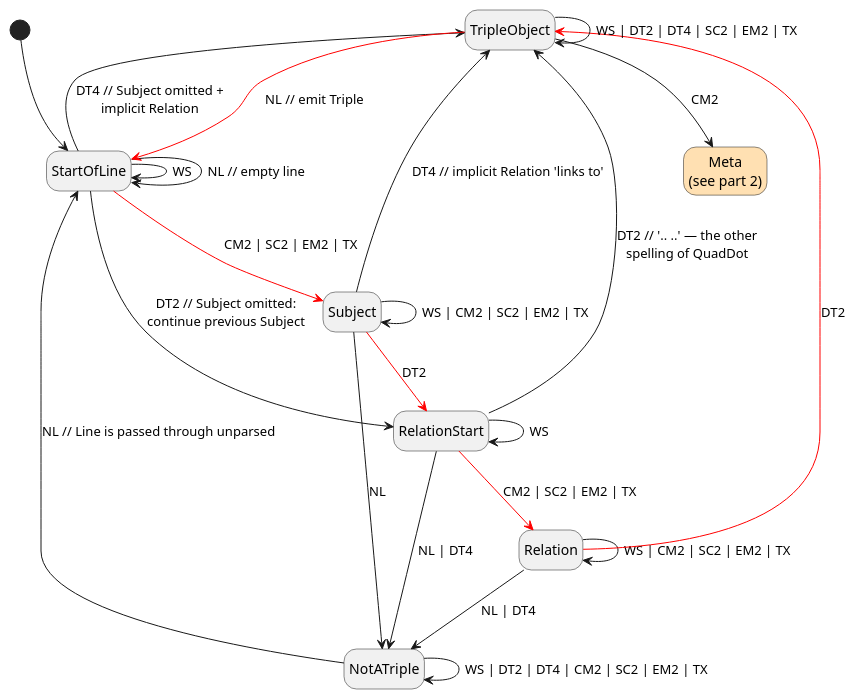
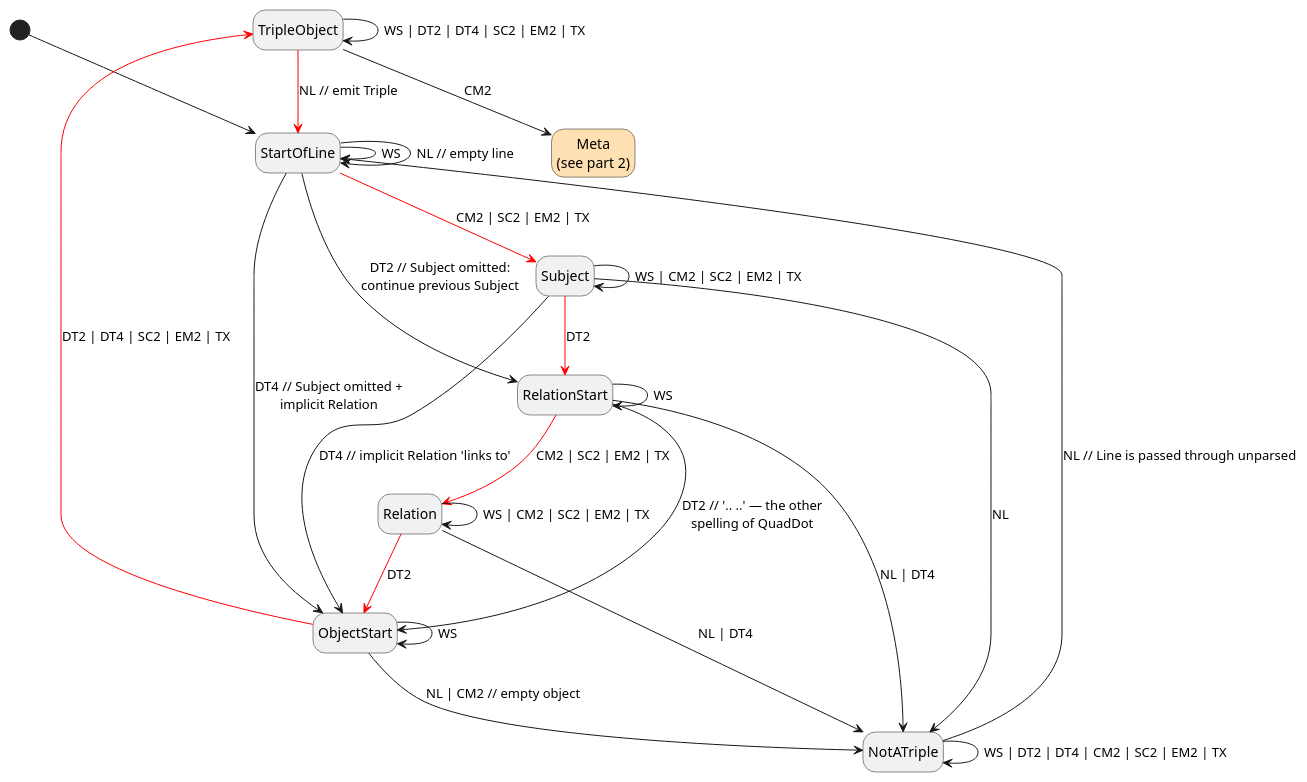
One commit to Calpano/ddot.it changed the fourth of 6 diagrams in site/spec/ddot-it-spec.adoc. Above: the diagram before and after it, drawn with PlantUML. The commit also changed other lines of this file, not shown here.

```diff
--- a/site/spec/ddot-it-spec.adoc
+++ b/site/spec/ddot-it-spec.adoc
@@ -729,40 +809,44 @@
 [plantuml]
 ....
 hide empty description
 
 state "Meta\n(see part 2)" as MetaStart #ffe0b2
 
 [*] --> StartOfLine
 
 ' --- Subject ------------------------------------------------------
 StartOfLine --> StartOfLine : WS
 StartOfLine --> StartOfLine : NL // empty line
 StartOfLine -[#red]-> Subject : CM2 | SC2 | EM2 | TX
 StartOfLine --> RelationStart : DT2 // Subject omitted:\ncontinue previous Subject
-StartOfLine --> TripleObject : DT4 // Subject omitted +\nimplicit Relation
+StartOfLine --> ObjectStart : DT4 // Subject omitted +\nimplicit Relation
 
 Subject --> Subject : WS | CM2 | SC2 | EM2 | TX
 Subject --> NotATriple : NL
 Subject -[#red]-> RelationStart : DT2
-Subject --> TripleObject : DT4 // implicit Relation 'links to'
+Subject --> ObjectStart : DT4 // implicit Relation 'links to'
 
 ' --- Relation: empty so far (the second half of a QuadDot may still come) --
 RelationStart --> RelationStart : WS
 RelationStart -[#red]-> Relation : CM2 | SC2 | EM2 | TX
-RelationStart --> TripleObject : DT2 // '.. ..' — the other\nspelling of QuadDot
+RelationStart --> ObjectStart : DT2 // '.. ..' — the other\nspelling of QuadDot
 RelationStart --> NotATriple : NL | DT4
 
 ' --- Relation: has text, so the triple is typed --------------------
 Relation --> Relation : WS | CM2 | SC2 | EM2 | TX
 Relation --> NotATriple : NL | DT4
-Relation -[#red]-> TripleObject : DT2
+Relation -[#red]-> ObjectStart : DT2
 
-' --- Object -------------------------------------------------------
+' --- Object: must hold at least one token; an empty object is not a Triple --
+ObjectStart --> ObjectStart : WS
+ObjectStart -[#red]-> TripleObject : DT2 | DT4 | SC2 | EM2 | TX
+ObjectStart --> NotATriple : NL | CM2 // empty object
+
 TripleObject --> TripleObject : WS | DT2 | DT4 | SC2 | EM2 | TX
 TripleObject -[#red]-> StartOfLine : NL // emit Triple
 TripleObject --> MetaStart : CM2
 
 ' --- Not a Triple -------------------------------------------------
 NotATriple --> NotATriple : WS | DT2 | DT4 | CM2 | SC2 | EM2 | TX
 NotATriple --> StartOfLine : NL // Line is passed through unparsed
 ....
```
